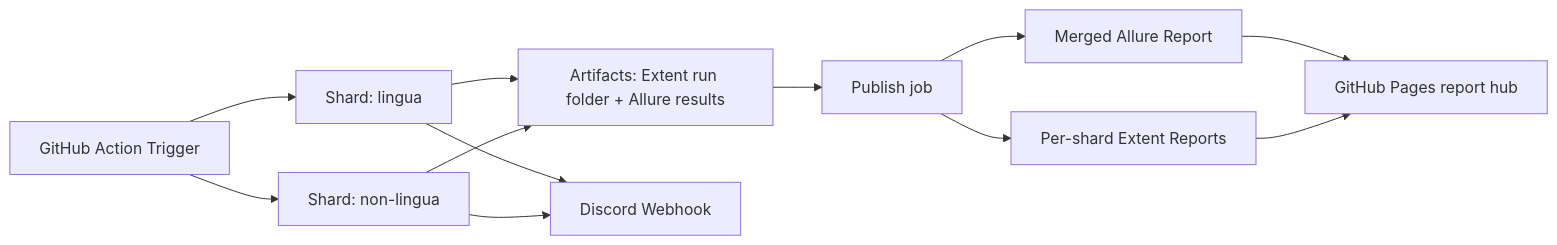
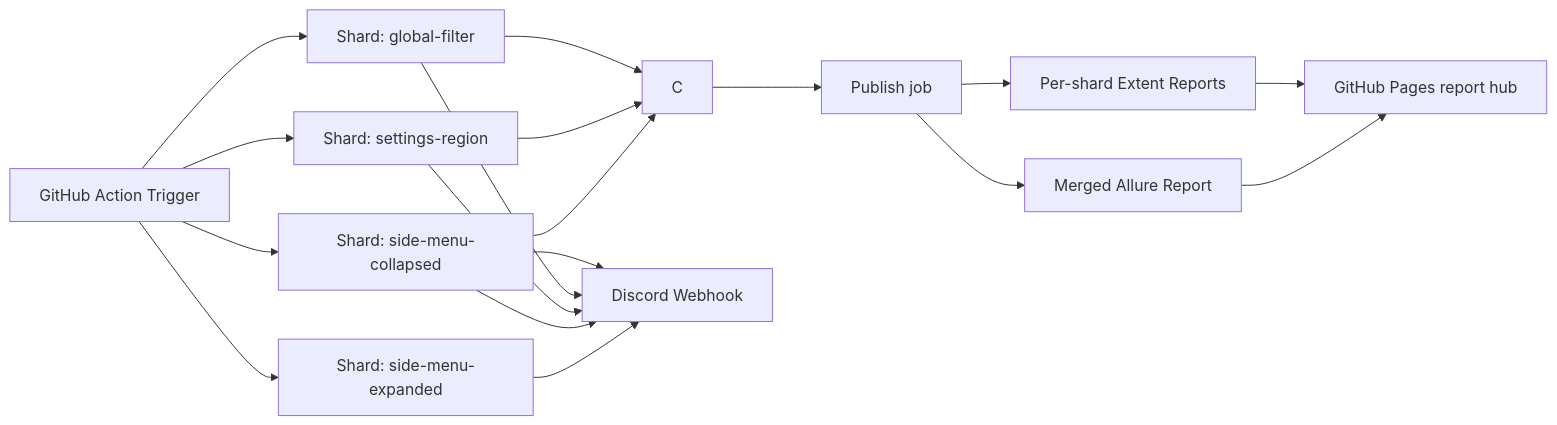
One commit to sagarjhathi/youtube-multilang-ui-automation-selenium-java changed the third of 3 diagrams in readme.md. Above: the diagram before and after it, drawn with Mermaid. The commit also changed other lines of this file and 3 other files, not shown here.

````diff
--- a/readme.md
+++ b/readme.md
@@ -263,14 +263,20 @@
 ```mermaid
 flowchart LR
-    A[GitHub Action Trigger] --> B1[Shard: lingua]
-    A --> B2[Shard: non-lingua]
-    B1 --> C[Artifacts: Extent run folder + Allure results]
+    A[GitHub Action Trigger] --> B1[Shard: side-menu-expanded]
+    A --> B2[Shard: side-menu-collapsed]
+    A --> B3[Shard: settings-region]
+    A --> B4[Shard: global-filter]
     B2 --> C
+    B3 --> C
+    B4 --> C
     B1 --> G[Discord Webhook]
+    B2 --> G
+    B3 --> G
+    B4 --> G
     B2 --> G
     C --> P[Publish job]
     P --> M[Merged Allure Report]
     P --> D[Per-shard Extent Reports]
     M --> E[GitHub Pages report hub]
     D --> E
 ```
````
